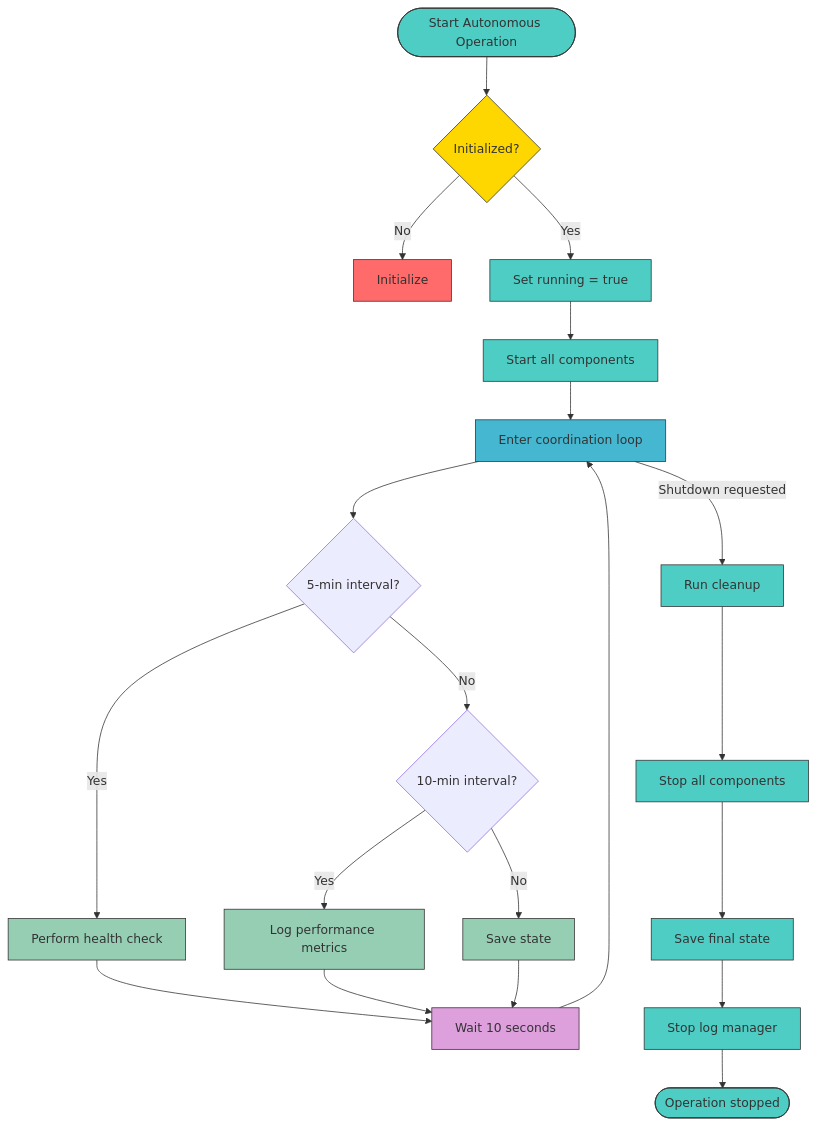
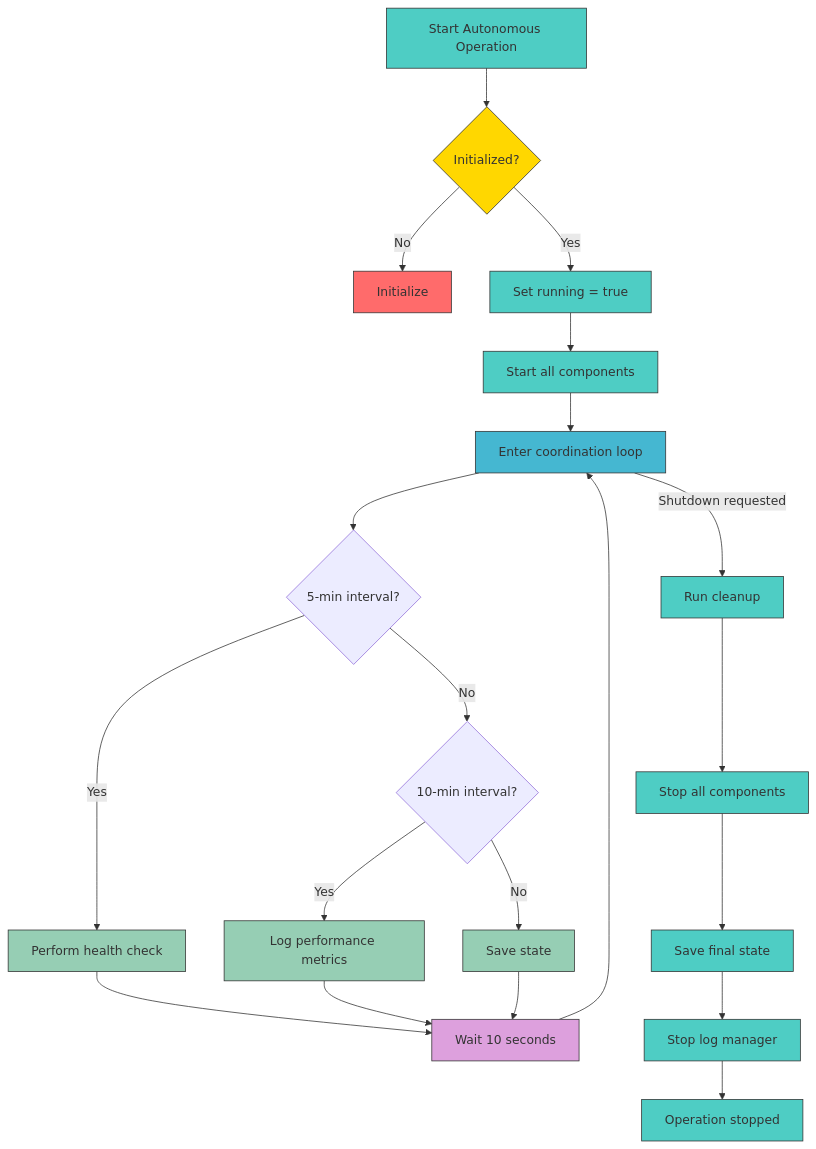
One commit to Likhithsai2580/RAVANA-WIKI changed the fifth of 6 diagrams in docs/Enhanced Snake Agent.md. Above: the diagram before and after it, drawn with Mermaid. The commit also changed 52 other files, not shown here.

First line of the commit message:
chore(docs): update documentation content, fix Mermaid diagrams, and enhance README

````diff
--- a/docs/Enhanced Snake Agent.md
+++ b/docs/Enhanced Snake Agent.md
@@ -278,38 +278,38 @@
 ```mermaid
 flowchart TD
-    Start([Start Autonomous Operation]) --> InitCheck{"Initialized?"}
+    Start["Start Autonomous Operation"] --> InitCheck{"Initialized?"}
     InitCheck --> |No| Initialize[Initialize]
     InitCheck --> |Yes| SetRunning[Set running = true]
     SetRunning --> StartComponents[Start all components]
     StartComponents --> CoordinationLoop[Enter coordination loop]
     CoordinationLoop --> CheckHealth{"5-min interval?"}
     CheckHealth --> |Yes| PerformHealth[Perform health check]
     CheckHealth --> |No| CheckMetrics{"10-min interval?"}
     CheckMetrics --> |Yes| LogMetrics[Log performance metrics]
     CheckMetrics --> |No| SaveState[Save state]
     PerformHealth --> Wait
     LogMetrics --> Wait
     SaveState --> Wait
     Wait[Wait 10 seconds] --> CoordinationLoop
     CoordinationLoop --> |Shutdown requested| Cleanup[Run cleanup]
     Cleanup --> StopComponents[Stop all components]
     StopComponents --> SaveFinalState[Save final state]
     SaveFinalState --> StopLogger[Stop log manager]
-    StopLogger --> End([Operation stopped])
+    StopLogger --> End["Operation stopped"]
 
     style Start fill:#4ECDC4,stroke:#333
     style End fill:#4ECDC4,stroke:#333
     style InitCheck fill:#FFD700,stroke:#333
     style Initialize fill:#FF6B6B,stroke:#333
     style SetRunning fill:#4ECDC4,stroke:#333
     style StartComponents fill:#4ECDC4,stroke:#333
     style CoordinationLoop fill:#45B7D1,stroke:#333
     style PerformHealth fill:#96CEB4,stroke:#333
     style LogMetrics fill:#96CEB4,stroke:#333
     style SaveState fill:#96CEB4,stroke:#333
     style Wait fill:#DDA0DD,stroke:#333
     style Cleanup fill:#4ECDC4,stroke:#333
     style StopComponents fill:#4ECDC4,stroke:#333
     style SaveFinalState fill:#4ECDC4,stroke:#333
     style StopLogger fill:#4ECDC4,stroke:#333
 ```
````
